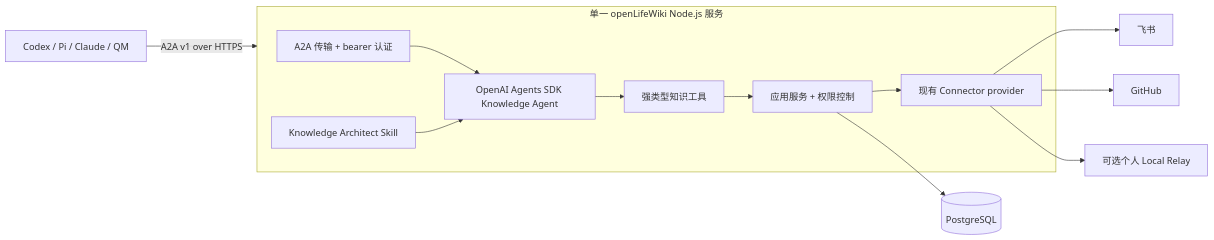
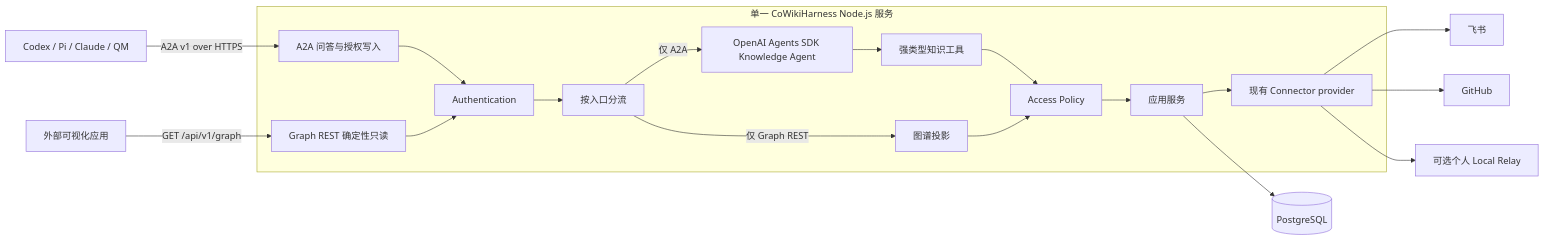
One commit to MetaInFLow/CoWikiHarness changed the first of 3 diagrams in ARCHITECTURE.md. Above: the diagram before and after it, drawn with Mermaid. The commit also changed other lines of this file and 4 other files, not shown here.

Commit message:
docs: document external knowledge graph access

````diff
--- a/ARCHITECTURE.md
+++ b/ARCHITECTURE.md
@@ -18,24 +19,34 @@
 ```mermaid
 flowchart LR
-    CLIENTS["Codex / Pi / Claude / QM"] -->|"A2A v1 over HTTPS"| SERVICE
+    AGENTS["Codex / Pi / Claude / QM"] -->|"A2A v1 over HTTPS"| A2A
+    VISUAL["外部可视化应用"] -->|"GET /api/v1/graph"| GRAPH
 
-    subgraph SERVICE["单一 openLifeWiki Node.js 服务"]
-        A2A["A2A 传输 + bearer 认证"]
+    subgraph SERVICE["单一 CoWikiHarness Node.js 服务"]
+        A2A["A2A 问答与授权写入"]
+        GRAPH["Graph REST 确定性只读"]
+        AUTH["Authentication"]
+        DISPATCH["按入口分流"]
         AGENT["OpenAI Agents SDK Knowledge Agent"]
-        SKILL["Knowledge Architect Skill"]
         TOOLS["强类型知识工具"]
-        APP["应用服务 + 权限控制"]
+        PROJECTION["图谱投影"]
+        POLICY["Access Policy"]
+        APP["应用服务"]
         CONNECTORS["现有 Connector provider"]
 
-        A2A --> AGENT
-        SKILL --> AGENT
+        A2A --> AUTH
+        GRAPH --> AUTH
+        AUTH --> DISPATCH
+        DISPATCH -->|"仅 A2A"| AGENT
+        DISPATCH -->|"仅 Graph REST"| PROJECTION
         AGENT --> TOOLS
-        TOOLS --> APP
+        TOOLS --> POLICY
+        PROJECTION --> POLICY
+        POLICY --> APP
         APP --> CONNECTORS
     end
 
     APP --> PG[("PostgreSQL")]
     CONNECTORS --> FEISHU["飞书"]
     CONNECTORS --> GITHUB["GitHub"]
     CONNECTORS --> RELAY["可选个人 Local Relay"]
 ```
````
